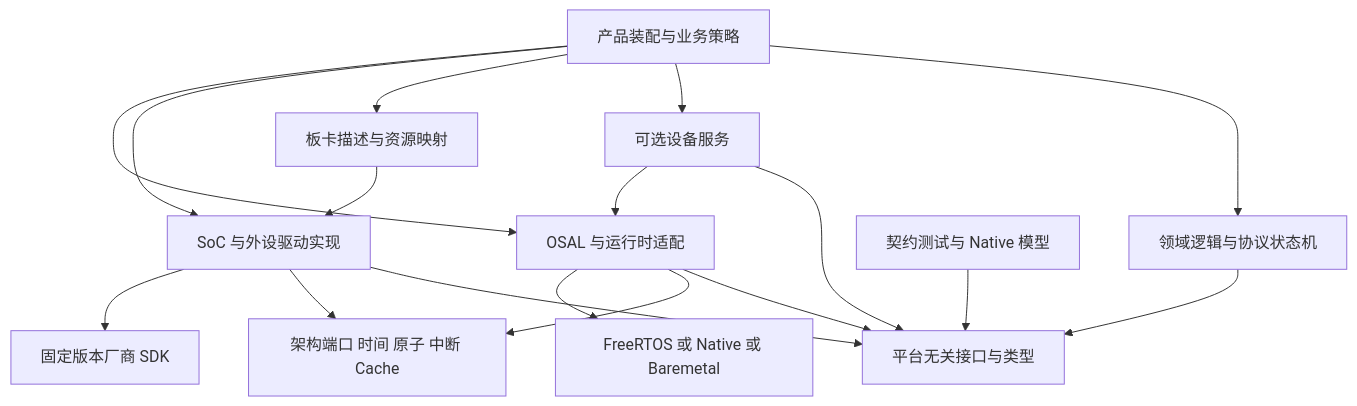
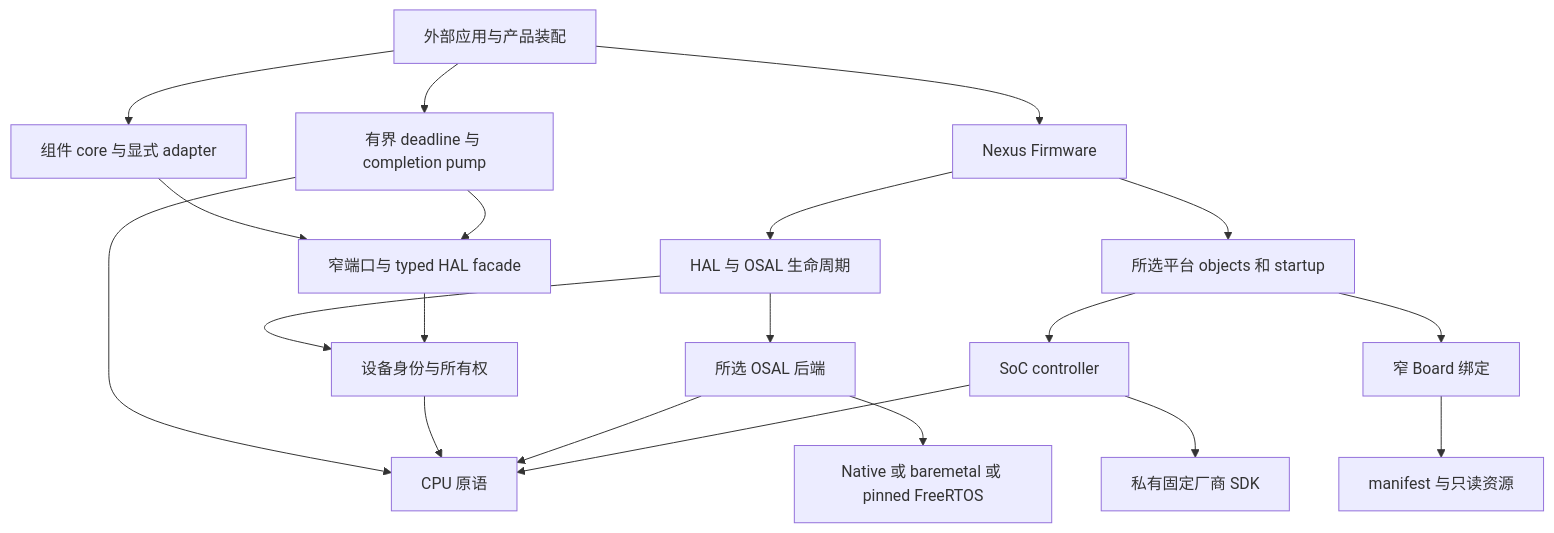
Before and after one commit to X-Gen-Lab/nexus: the diagram in docs/strategy/target-architecture.md, drawn with Mermaid. The commit also changed other lines of this file and 17 other files, not shown here.

````diff
--- a/docs/strategy/target-architecture.md
+++ b/docs/strategy/target-architecture.md
@@ -125,19 +19,22 @@
 ```mermaid
 flowchart TB
-    Product[产品装配与业务策略] --> Domain[领域逻辑与协议状态机]
-    Product --> Service[可选设备服务]
-    Product --> Board[板卡描述与资源映射]
-    Domain --> Contract[平台无关接口与类型]
-    Service --> Contract
-    Service --> OSAL[OSAL 与运行时适配]
-    Driver[SoC 与外设驱动实现] --> Contract
-    Driver --> Port[架构端口 时间 原子 中断 Cache]
-    Driver --> Vendor[固定版本厂商 SDK]
-    Board --> Driver
-    OSAL --> Contract
-    OSAL --> Port
-    OSAL --> Kernel[FreeRTOS 或 Native 或 Baremetal]
-    Product --> Driver
-    Product --> OSAL
-    Test[契约测试与 Native 模型] --> Contract
+    Consumer[外部应用与产品装配] --> Firmware[Nexus Firmware]
+    Consumer --> Components[组件 core 与显式 adapter]
+    Consumer --> Completion[有界 deadline 与 completion pump]
+    Components --> Ports[窄端口与 typed HAL facade]
+    Completion --> Ports
+    Completion --> Arch[CPU 原语]
+    Firmware --> Runtime[HAL 与 OSAL 生命周期]
+    Firmware --> Assembly[所选平台 objects 和 startup]
+    Runtime --> HALCore[设备身份与所有权]
+    Runtime --> OSAL[所选 OSAL 后端]
+    Ports --> HALCore
+    HALCore --> Arch
+    OSAL --> Arch
+    OSAL --> Kernel[Native 或 baremetal 或 pinned FreeRTOS]
+    Assembly --> Controllers[SoC controller]
+    Assembly --> Board[窄 Board 绑定]
+    Controllers --> Arch
+    Controllers --> SDK[私有固定厂商 SDK]
+    Board --> Resources[manifest 与只读资源]
 ```
````
